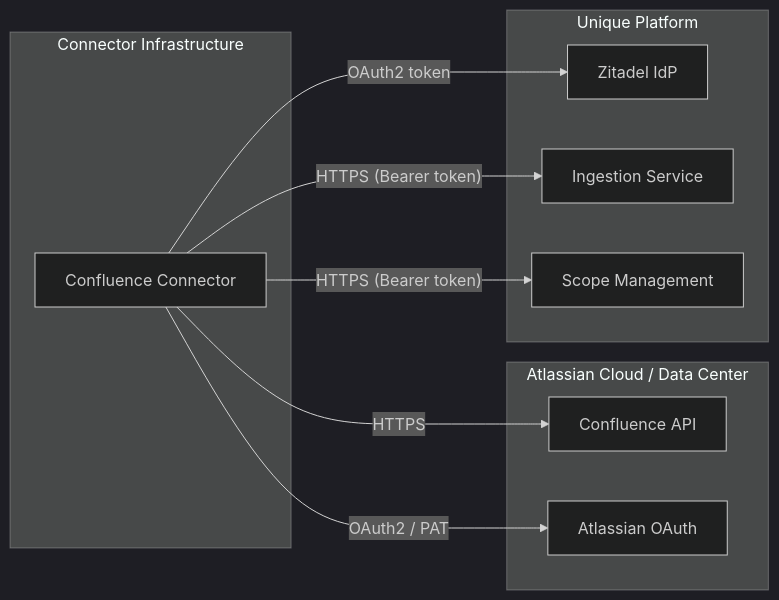
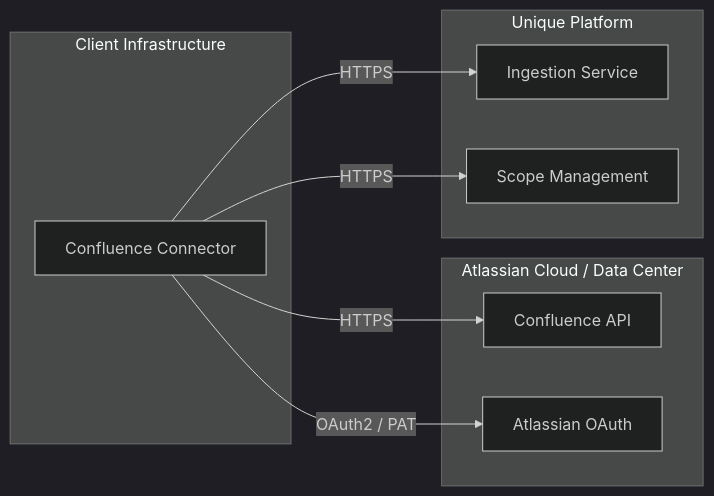
One commit to Unique-AG/connectors changed the third of 3 diagrams in services/confluence-connector/docs/operator/authentication.md. Above: the diagram before and after it, drawn with Mermaid (dark theme). The commit also changed other lines of this file and 1 other file, not shown here.

````diff
--- a/services/confluence-connector/docs/operator/authentication.md
+++ b/services/confluence-connector/docs/operator/authentication.md
@@ -339,23 +316,21 @@
 ```mermaid
 flowchart LR
-    subgraph External["Atlassian Cloud / Data Center"]
+    subgraph Client["Client Infrastructure"]
+        Connector["Confluence Connector"]
+    end
+
+    subgraph Atlassian["Atlassian Cloud / Data Center"]
         ConfluenceAPI["Confluence API"]
         AtlassianAuth["Atlassian OAuth"]
     end
 
-    subgraph ConnectorInfra["Connector Infrastructure"]
-        Connector["Confluence Connector"]
-    end
-
     subgraph Unique["Unique Platform"]
-        Zitadel["Zitadel IdP"]
         IngestionSvc["Ingestion Service"]
         ScopeMgmt["Scope Management"]
     end
 
     Connector -->|"OAuth2 / PAT"| AtlassianAuth
     Connector -->|"HTTPS"| ConfluenceAPI
-    Connector -->|"OAuth2 token"| Zitadel
-    Connector -->|"HTTPS (Bearer token)"| IngestionSvc
-    Connector -->|"HTTPS (Bearer token)"| ScopeMgmt
+    Connector -->|"HTTPS"| IngestionSvc
+    Connector -->|"HTTPS"| ScopeMgmt
 ```
````
